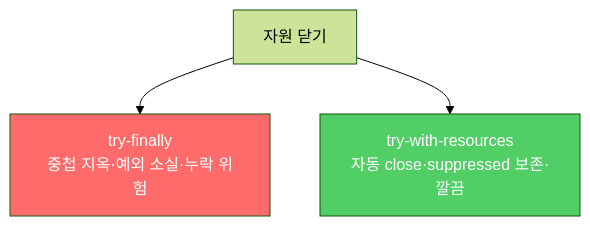
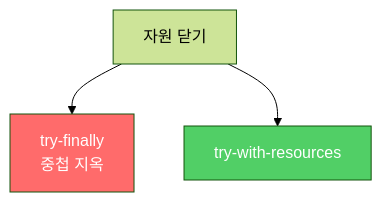
The third of 3 diagrams in _posts/java/2021-12-20-effective-java9.md (yjkim2015/yjkim2015.github.io), drawn with Mermaid (forest theme) before and after one commit. The commit also changed 271 other files, not shown here.

First line of the commit message:
Mermaid 라벨 축소: 긴 노드 텍스트 18자 이하로 트림 + \n 제거

````diff
--- a/_posts/java/2021-12-20-effective-java9.md
+++ b/_posts/java/2021-12-20-effective-java9.md
@@ -211,7 +211,7 @@
 ```mermaid
 graph TD
-    A["자원 닫기"] --> B["try-finally\n중첩 지옥·예외 소실·누락 위험"]
-    A --> C["try-with-resources\n자동 close·suppressed 보존·깔끔"]
+    A["자원 닫기"] --> B["try-finally\n중첩 지옥"]
+    A --> C["try-with-resources"]
     style B fill:#ff6b6b,color:#fff
     style C fill:#51cf66,color:#fff
 ```
````
